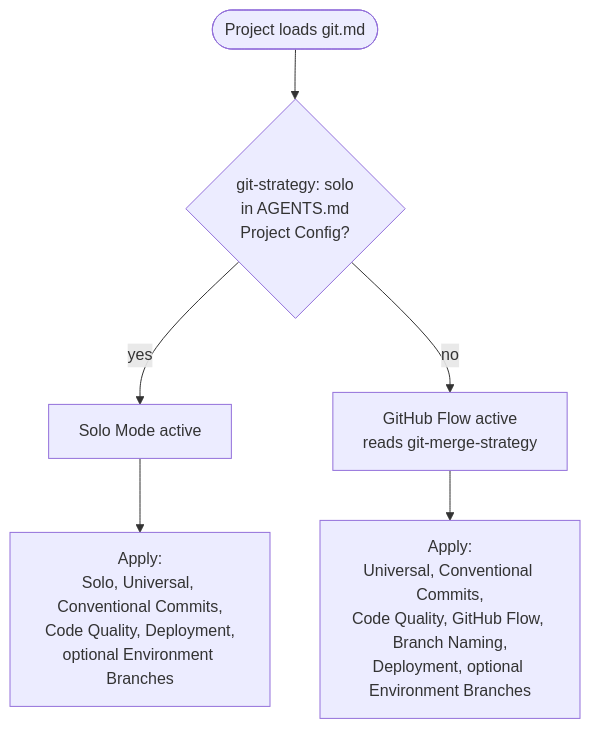
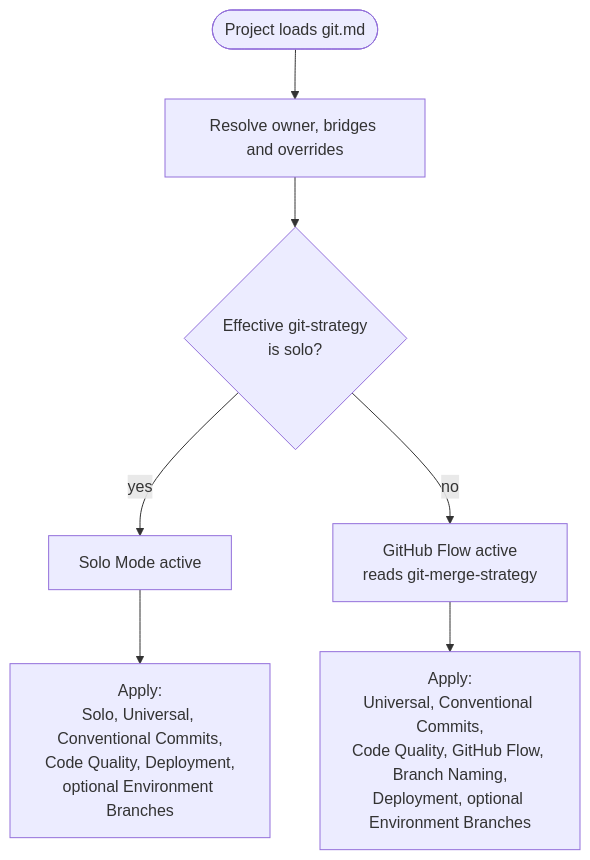
The diagram in docs/rules/git.md (myowinthein/agent-helm), drawn with Mermaid before and after one commit. The commit also changed other lines of this file and 3 other files, not shown here.

````diff
--- a/docs/rules/git.md
+++ b/docs/rules/git.md
@@ -17,9 +25,10 @@
 ```mermaid
 flowchart TD
-  Start([Project loads git.md]) --> Check{git-strategy: solo<br/>in AGENTS.md<br/>Project Config?}
+  Start([Project loads git.md]) --> Owner[Resolve owner, bridges and overrides]
+  Owner --> Check{Effective git-strategy<br/>is solo?}
   Check -->|yes| Solo[Solo Mode active]
   Check -->|no| Flow[GitHub Flow active<br/>reads git-merge-strategy]
 
   Solo --> Sections1[Apply:<br/>Solo, Universal, Conventional Commits,<br/>Code Quality, Deployment,<br/>optional Environment Branches]
   Flow --> Sections2[Apply:<br/>Universal, Conventional Commits,<br/>Code Quality, GitHub Flow, Branch Naming,<br/>Deployment, optional Environment Branches]
 ```
````
